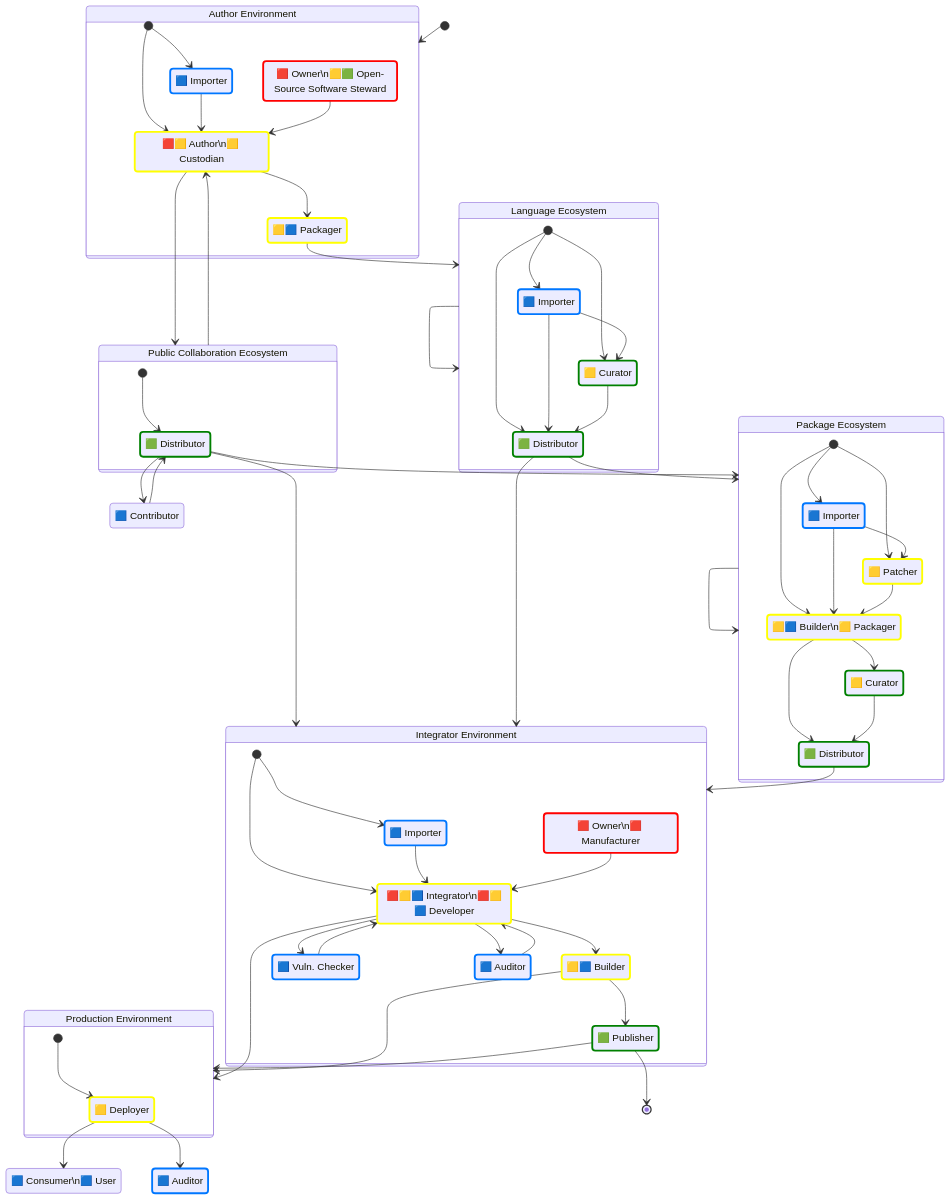
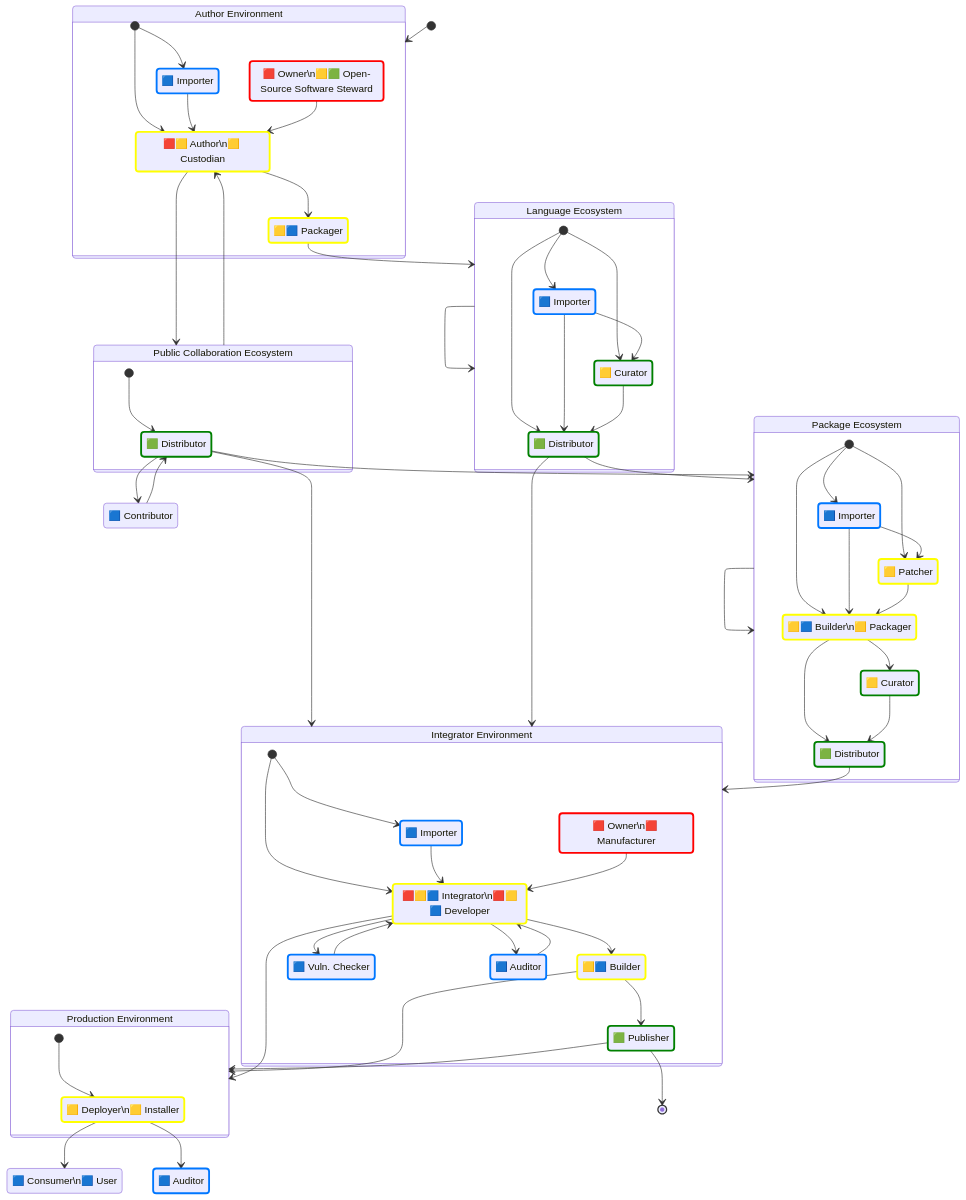
The second of 3 diagrams in docs/supplychain-sbom.md (CPAN-Security/security.metacpan.org), drawn with Mermaid before and after one commit. The commit also changed other lines of this file, not shown here.

Commit message:
'Installer' is mentioned in the CRA

```diff
--- a/docs/supplychain-sbom.md
+++ b/docs/supplychain-sbom.md
@@ -189,7 +189,7 @@
     state "🟥🟨🟦 Integrator\n🟥🟨🟦 Developer" as integrator_developer
     state "🟩 Publisher" as integrator_publisher
     state "🟨🟦 Builder" as integrator_builder
-    state "🟨 Deployer" as deployer
+    state "🟨 Deployer\n🟨 Installer" as deployer
     state "🟦 Vuln. Checker" as integrator_checker
     state "🟦 Consumer\n🟦 User" as consumer
     state "🟦 Auditor" as auditor_internal
```
